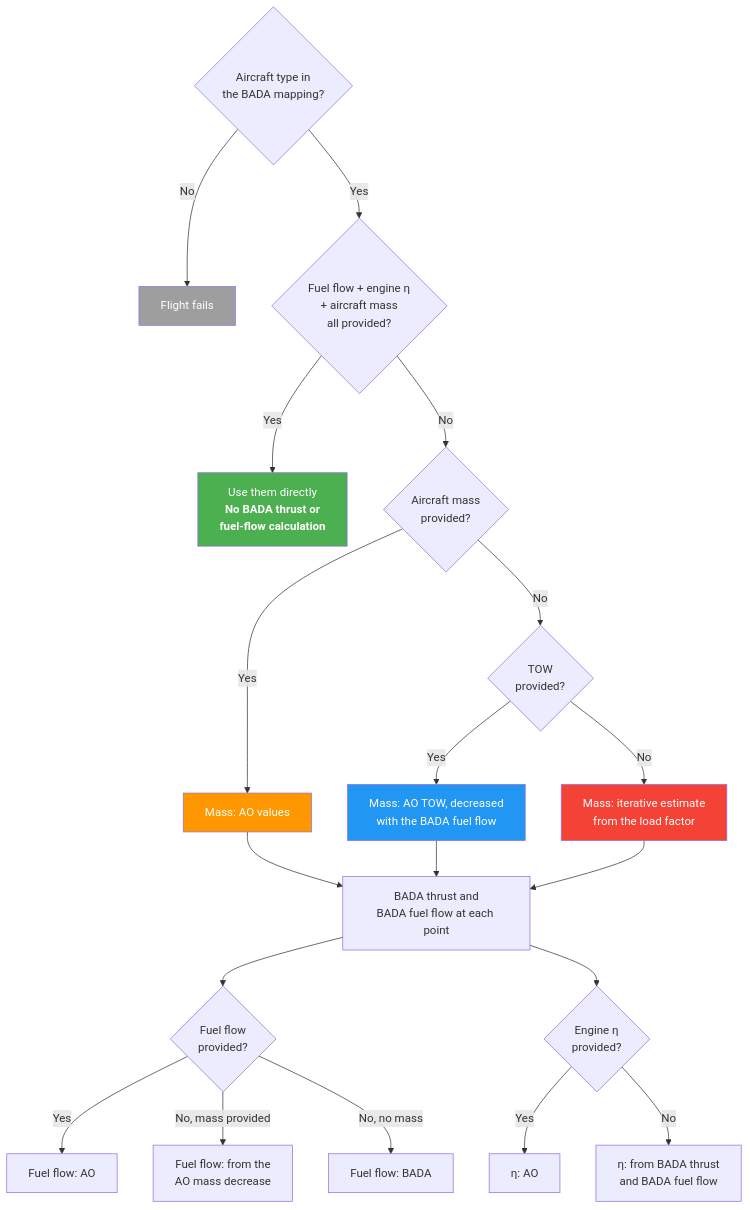
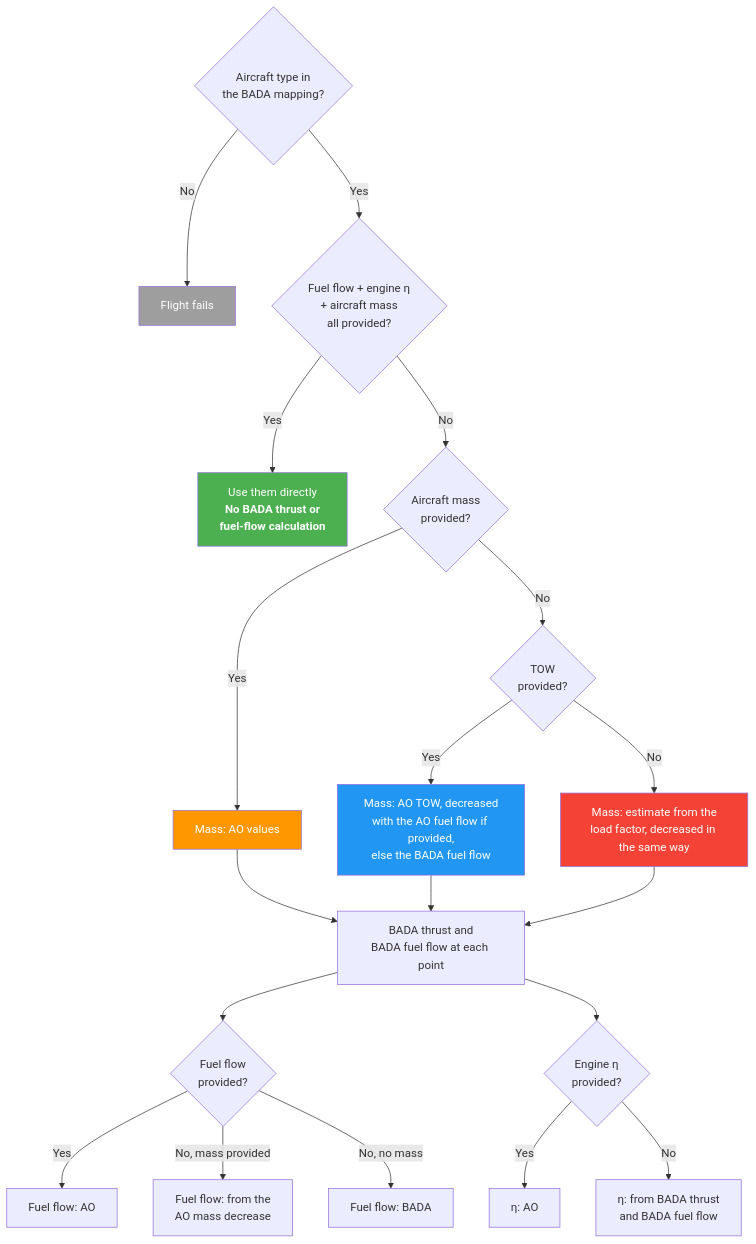
Before and after one commit to eurocontrol-asu/PyNeats: the diagram in docs/explanation/input-prioritization.md, drawn with Mermaid. The commit also changed other lines of this file and 8 other files, not shown here.

````diff
--- a/docs/explanation/input-prioritization.md
+++ b/docs/explanation/input-prioritization.md
@@ -27,27 +27,27 @@
 ```mermaid
 graph TD
     A{"Aircraft type in<br/>the BADA mapping?"} -->|No| X["Flight fails"]
     A -->|Yes| B{"Fuel flow + engine η<br/>+ aircraft mass<br/>all provided?"}
     B -->|Yes| S["Use them directly<br/><b>No BADA thrust or<br/>fuel-flow calculation</b>"]
     B -->|No| M{"Aircraft mass<br/>provided?"}
     M -->|Yes| M1["Mass: AO values"]
     M -->|No| T{"TOW<br/>provided?"}
-    T -->|Yes| M2["Mass: AO TOW, decreased<br/>with the BADA fuel flow"]
-    T -->|No| M3["Mass: iterative estimate<br/>from the load factor"]
+    T -->|Yes| M2["Mass: AO TOW, decreased<br/>with the AO fuel flow if provided,<br/>else the BADA fuel flow"]
+    T -->|No| M3["Mass: estimate from the<br/>load factor, decreased in the same way"]
     M1 --> R["BADA thrust and<br/>BADA fuel flow at each point"]
     M2 --> R
     M3 --> R
     R --> FF{"Fuel flow<br/>provided?"}
     FF -->|Yes| F1["Fuel flow: AO"]
     FF -->|No, mass provided| F2["Fuel flow: from the<br/>AO mass decrease"]
     FF -->|No, no mass| F3["Fuel flow: BADA"]
     R --> E{"Engine η<br/>provided?"}
     E -->|Yes| E1["η: AO"]
     E -->|No| E2["η: from BADA thrust<br/>and BADA fuel flow"]
 
     style X fill:#9e9e9e,color:#fff
     style S fill:#4caf50,color:#fff
     style M1 fill:#ff9800,color:#fff
     style M2 fill:#2196f3,color:#fff
     style M3 fill:#f44336,color:#fff
 ```
````
